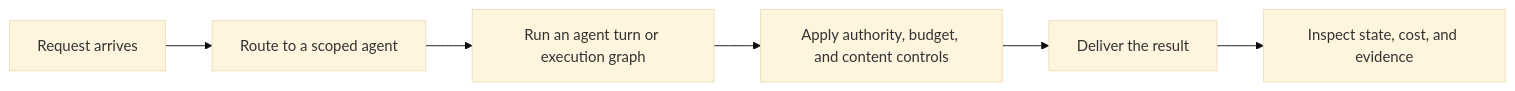
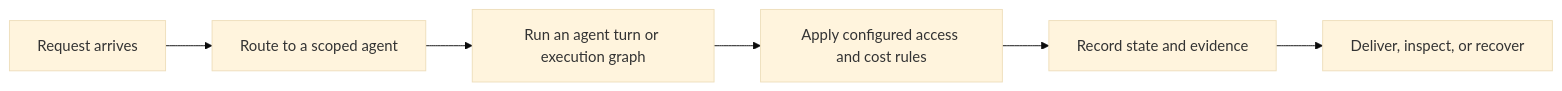
The diagram in docs/get-started/how-it-works.mdx (comisai/comis), drawn with Mermaid (base theme) before and after one commit. The commit also changed other lines of this file and 70 other files, not shown here.

````diff
--- a/docs/get-started/how-it-works.mdx
+++ b/docs/get-started/how-it-works.mdx
@@ -17,8 +18,8 @@
 ```mermaid
 flowchart LR
     A["Request arrives"] --> B["Route to a scoped agent"]
     B --> C["Run an agent turn or execution graph"]
-    C --> D["Apply authority, budget, and content controls"]
-    D --> E["Deliver the result"]
-    E --> F["Inspect state, cost, and evidence"]
+    C --> D["Apply configured access and cost rules"]
+    D --> E["Record state and evidence"]
+    E --> F["Deliver, inspect, or recover"]
 ```
````
